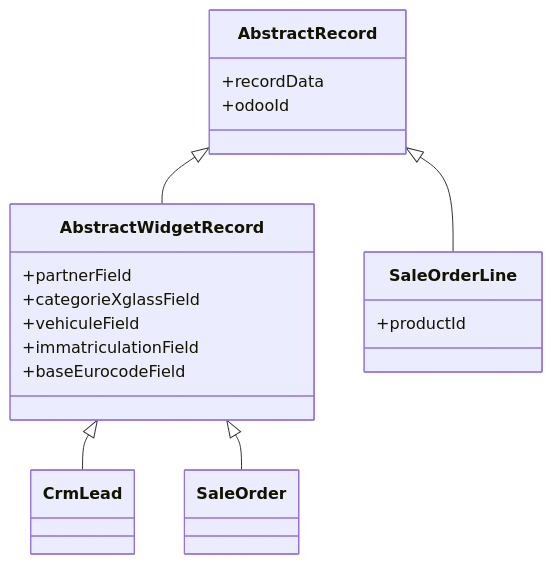
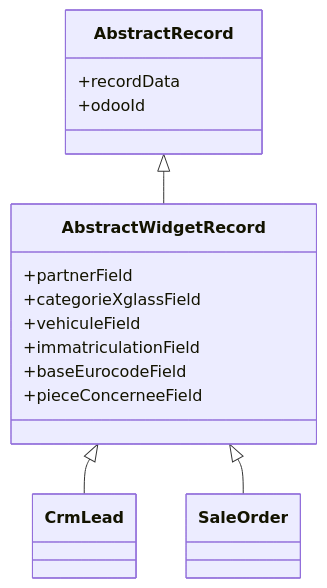
The third of 4 diagrams in rpbm_agent/docs/technique/frontend.md (rpbmSdk/rpbm), drawn with Mermaid before and after one commit. The commit also changed other lines of this file and 7 other files, not shown here.

````diff
--- a/rpbm_agent/docs/technique/frontend.md
+++ b/rpbm_agent/docs/technique/frontend.md
@@ -56,23 +54,20 @@
 ```mermaid
 classDiagram
     class AbstractRecord {
         +recordData
         +odooId
     }
     class AbstractWidgetRecord {
         +partnerField
         +categorieXglassField
         +vehiculeField
         +immatriculationField
         +baseEurocodeField
+        +pieceConcerneeField
     }
     class CrmLead
     class SaleOrder
-    class SaleOrderLine {
-        +productId
-    }
     AbstractRecord <|-- AbstractWidgetRecord
-    AbstractRecord <|-- SaleOrderLine
     AbstractWidgetRecord <|-- CrmLead
     AbstractWidgetRecord <|-- SaleOrder
 ```
````
